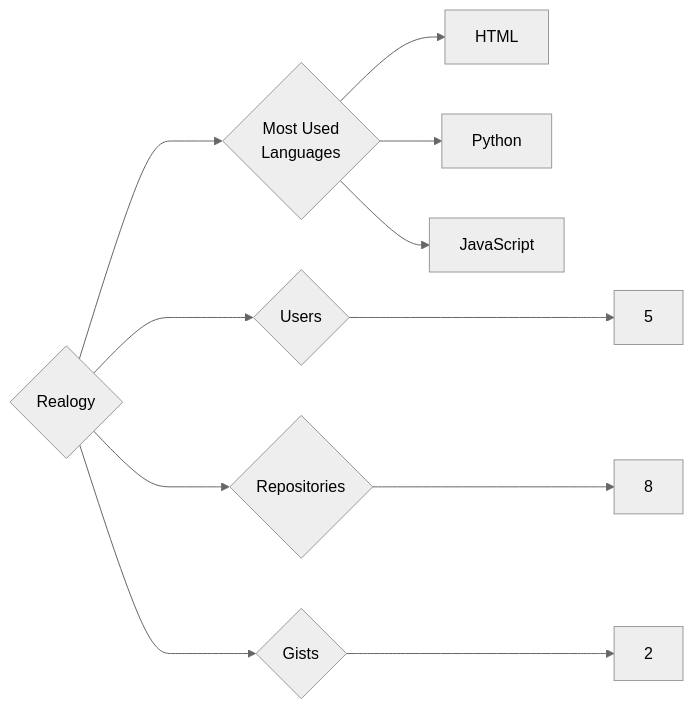
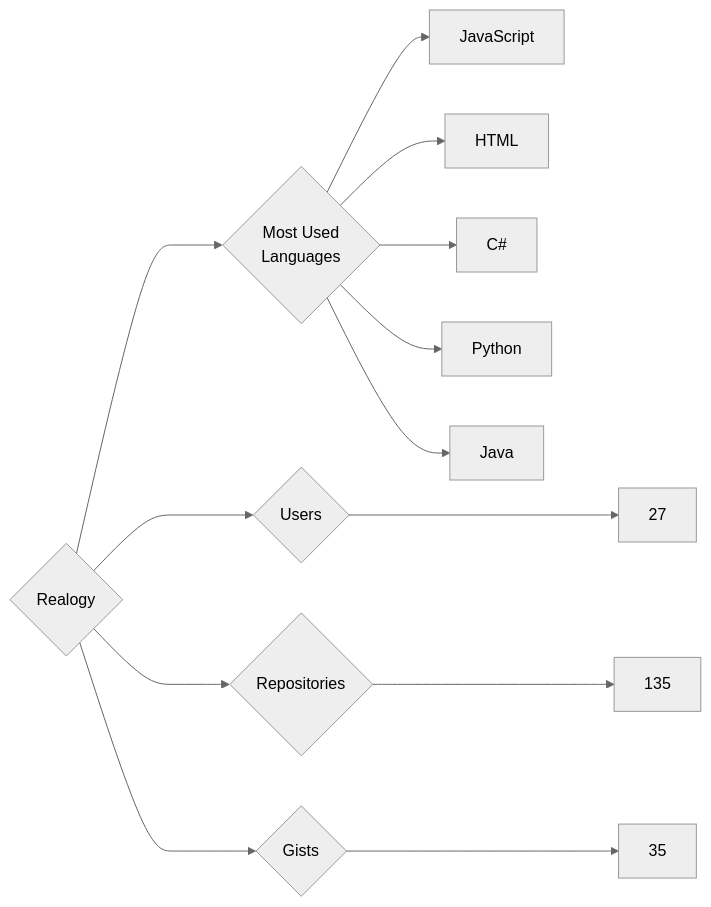
One commit to trickest/insiders changed the diagram in targets/Realogy/README.md. Above: the diagram before and after it, drawn with Mermaid (neutral theme). The commit also changed 953 other files, not shown here.

````diff
--- a/targets/Realogy/README.md
+++ b/targets/Realogy/README.md
@@ -3,11 +3,13 @@
 ```mermaid
 graph LR
 COMPANY_NAME{Realogy}
-COMPANY_NAME ---> U{Users} ---> UN[5]
-COMPANY_NAME ---> R{Repositories} ---> RN[8]
-COMPANY_NAME ---> G{Gists} ---> GN[2]
+COMPANY_NAME ---> U{Users} ---> UN[27]
+COMPANY_NAME ---> R{Repositories} ---> RN[135]
+COMPANY_NAME ---> G{Gists} ---> GN[35]
 COMPANY_NAME ---> ML{Most Used<br>Languages}
+ML --> JavaScript[JavaScript]
 ML --> HTML[HTML]
+ML --> C#[C#]
 ML --> Python[Python]
-ML --> JavaScript[JavaScript]
+ML --> Java[Java]
 ```
````
